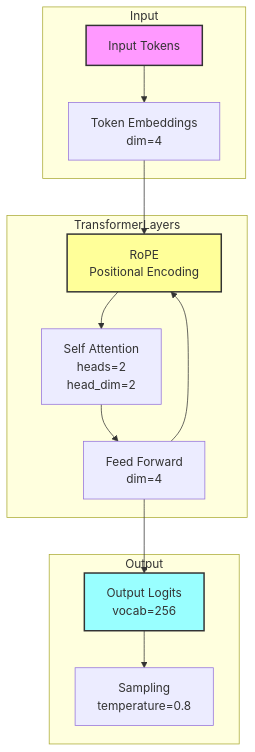
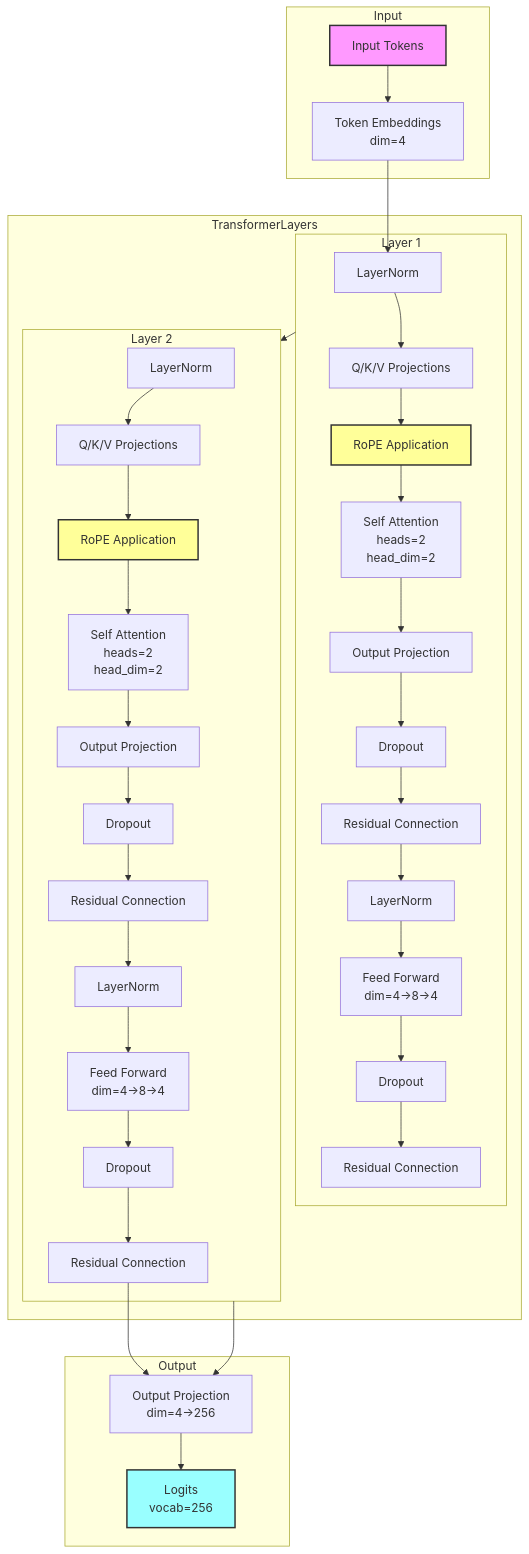
The diagram in code/fl/docs/model_architecture.md (tcotten-scrypted/autonomous-virtual-beings), drawn with Mermaid before and after one commit. The commit also changed other lines of this file and 2 other files, not shown here.

Commit message:
docs: updated all architectural and design docs to reflect latest

````diff
--- a/code/fl/docs/model_architecture.md
+++ b/code/fl/docs/model_architecture.md
@@ -3,23 +3,46 @@
 ```mermaid
 graph TD
-    subgraph Input
-        input[Input Tokens] --> embed[Token Embeddings<br/>dim=4]
-    end
-
-    subgraph TransformerLayers
-        rope[RoPE<br/>Positional Encoding] --> attn[Self Attention<br/>heads=2<br/>head_dim=2]
-        attn --> ffn[Feed Forward<br/>dim=4]
-    end
-
-    subgraph Output
-        ffn --> out[Output Logits<br/>vocab=256]
-        out --> sample[Sampling<br/>temperature=0.8]
-    end
-
-    embed --> rope
-    ffn --> rope
-    
-    style input fill:#f9f,stroke:#333,stroke-width:2px
-    style out fill:#9ff,stroke:#333,stroke-width:2px
-    style rope fill:#ff9,stroke:#333,stroke-width:2px
+ subgraph Input
+ input[Input Tokens] --> embed[Token Embeddings<br/>dim=4]
+ end
+ subgraph TransformerLayers
+ layer1[Layer 1] --> layer2[Layer 2]
+ 
+ subgraph layer1[Layer 1]
+   ln1_1[LayerNorm] --> qkv1[Q/K/V Projections]
+   qkv1 --> rope1[RoPE Application]
+   rope1 --> attn1[Self Attention<br/>heads=2<br/>head_dim=2]
+   attn1 --> wo1[Output Projection]
+   wo1 --> drop1[Dropout]
+   drop1 --> add1[Residual Connection]
+   add1 --> ln2_1[LayerNorm]
+   ln2_1 --> ffn1[Feed Forward<br/>dim=4→8→4]
+   ffn1 --> drop2[Dropout] 
+   drop2 --> add2[Residual Connection]
+ end
+ 
+ subgraph layer2[Layer 2]
+   ln1_2[LayerNorm] --> qkv2[Q/K/V Projections]
+   qkv2 --> rope2[RoPE Application]
+   rope2 --> attn2[Self Attention<br/>heads=2<br/>head_dim=2]
+   attn2 --> wo2[Output Projection]
+   wo2 --> drop3[Dropout]
+   drop3 --> add3[Residual Connection]
+   add3 --> ln2_2[LayerNorm]
+   ln2_2 --> ffn2[Feed Forward<br/>dim=4→8→4]
+   ffn2 --> drop4[Dropout]
+   drop4 --> add4[Residual Connection]
+ end
+ end
+ subgraph Output
+ add4 --> proj[Output Projection<br/>dim=4→256]
+ proj --> logits[Logits<br/>vocab=256]
+ end
+ embed --> ln1_1
+ layer2 --> proj
+ 
+ style input fill:#f9f,stroke:#333,stroke-width:2px
+ style logits fill:#9ff,stroke:#333,stroke-width:2px
+ style rope1 fill:#ff9,stroke:#333,stroke-width:2px
+ style rope2 fill:#ff9,stroke:#333,stroke-width:2px
 ```
````
